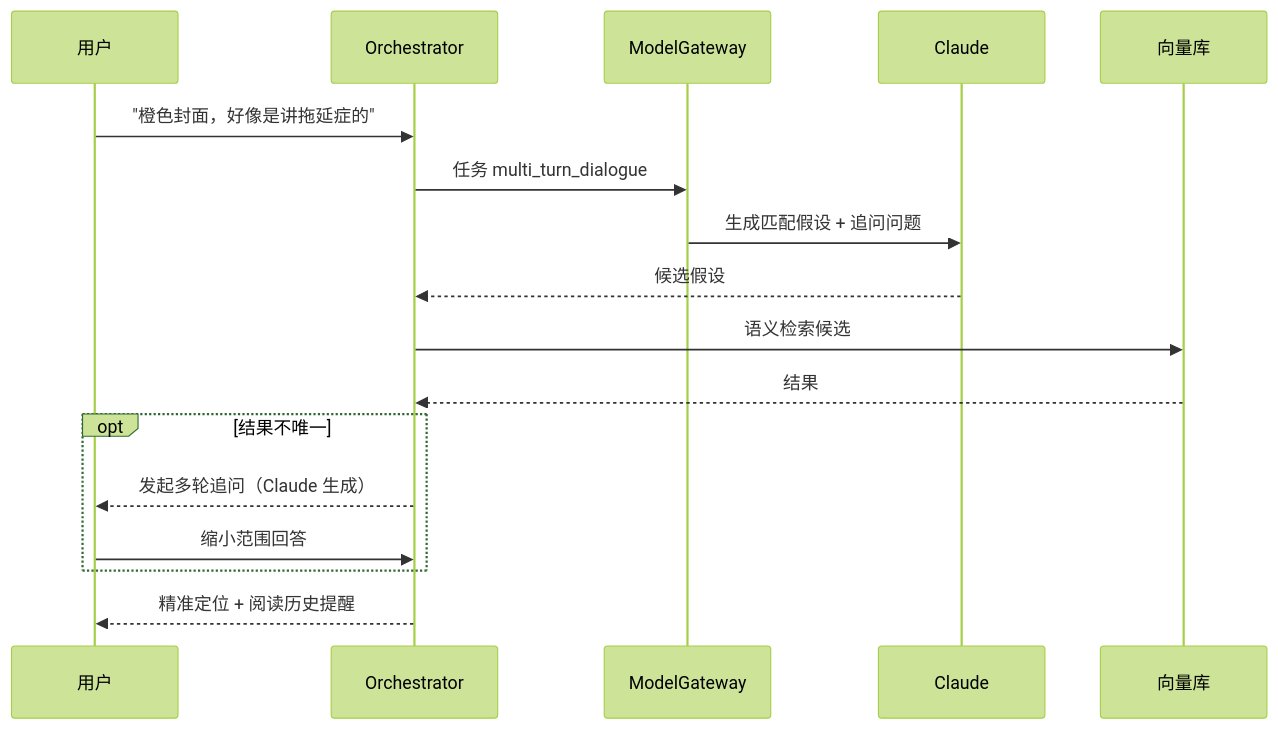
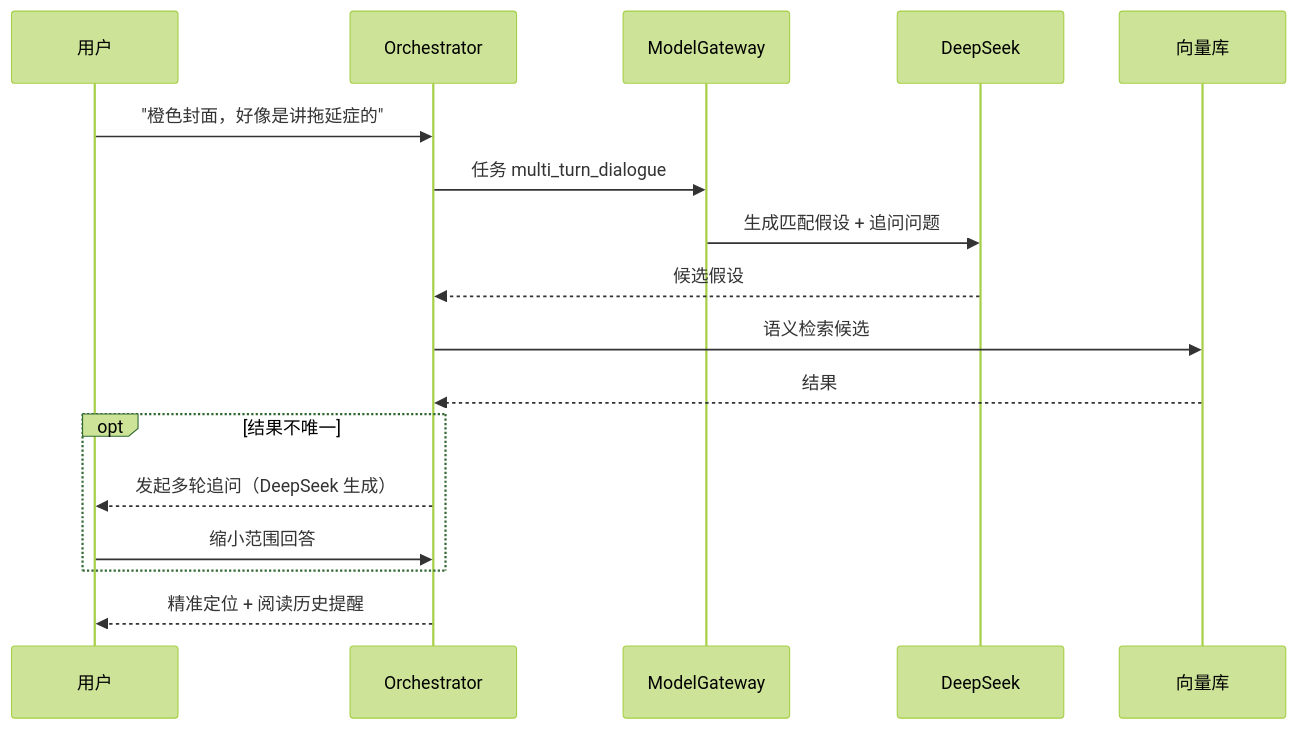
Before and after one commit to Curtainorange/knowledge-agent: the fourth of 9 diagrams in docs/系统设计文档.md, drawn with Mermaid (forest theme). The commit also changed other lines of this file and 5 other files, not shown here.

First line of the commit message:
docs: 文档统一切换为国产 DeepSeek（deepseek-v4-flash + 每请求 reasoning 开关）

````diff
--- a/docs/系统设计文档.md
+++ b/docs/系统设计文档.md
@@ -545,20 +545,20 @@
 ```mermaid
 sequenceDiagram
     participant U as 用户
     participant O as Orchestrator
     participant G as ModelGateway
-    participant M as Claude
+    participant M as DeepSeek
     participant V as 向量库
 
     U->>O: "橙色封面，好像是讲拖延症的"
     O->>G: 任务 multi_turn_dialogue
     G->>M: 生成匹配假设 + 追问问题
     M-->>O: 候选假设
     O->>V: 语义检索候选
     V-->>O: 结果
     opt 结果不唯一
-        O-->>U: 发起多轮追问（Claude 生成）
+        O-->>U: 发起多轮追问（DeepSeek 生成）
         U->>O: 缩小范围回答
     end
     O-->>U: 精准定位 + 阅读历史提醒
 ```
````
